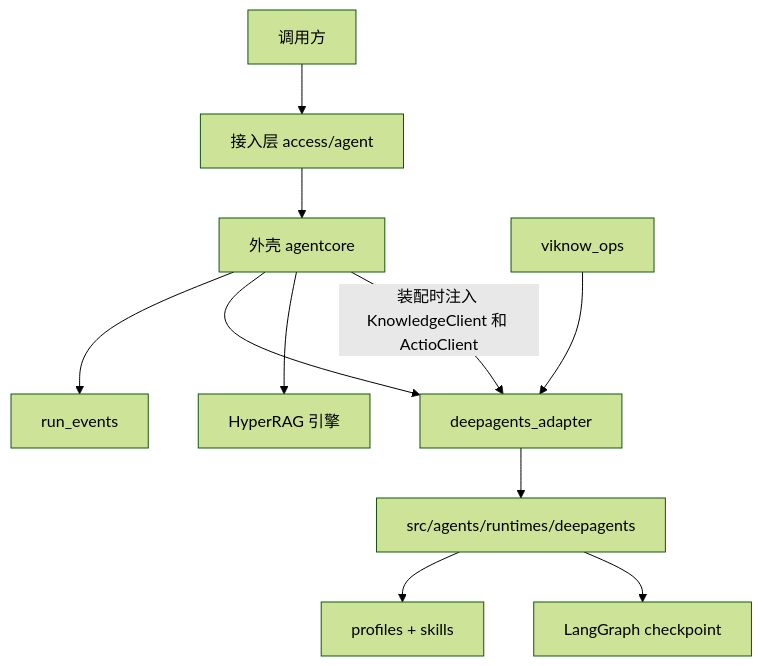
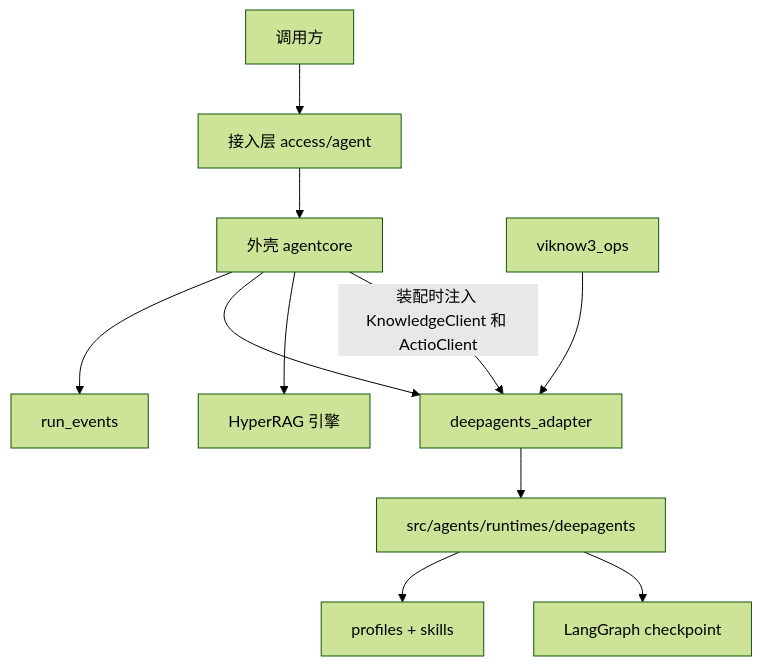
Before and after one commit to bigwubro/viknow-cloud-agent-bridge: the first of 3 diagrams in viknow3-work/docs/agent/runtime.md, drawn with Mermaid (forest theme). The commit also changed 25 other files, not shown here.

First line of the commit message:
Move application tables into named schemas and rename databases to viknow3_*.

````diff
--- a/viknow3-work/docs/agent/runtime.md
+++ b/viknow3-work/docs/agent/runtime.md
@@ -17,22 +17,22 @@
 ```mermaid
 flowchart TB
   caller["调用方"]
   access["接入层 access/agent"]
   shell["外壳 agentcore"]
   events["run_events"]
   adapter["deepagents_adapter"]
   runtime["src/agents/runtimes/deepagents"]
   pkg["profiles + skills"]
   ckpt["LangGraph checkpoint"]
-  ops["viknow_ops"]
+  ops["viknow3_ops"]
   engine["HyperRAG 引擎"]
 
   caller --> access --> shell
   shell --> events
   shell --> adapter --> runtime
   runtime --> pkg
   runtime --> ckpt
   ops --> adapter
   shell --> engine
   shell -->|"装配时注入 KnowledgeClient 和 ActioClient"| adapter
 ```
````
